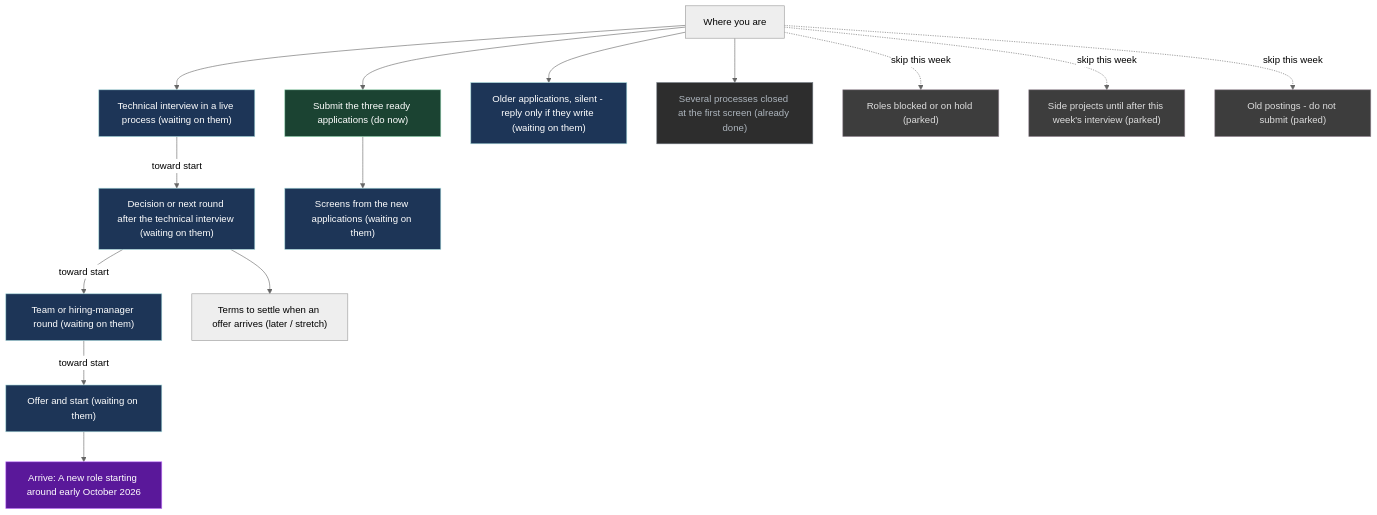
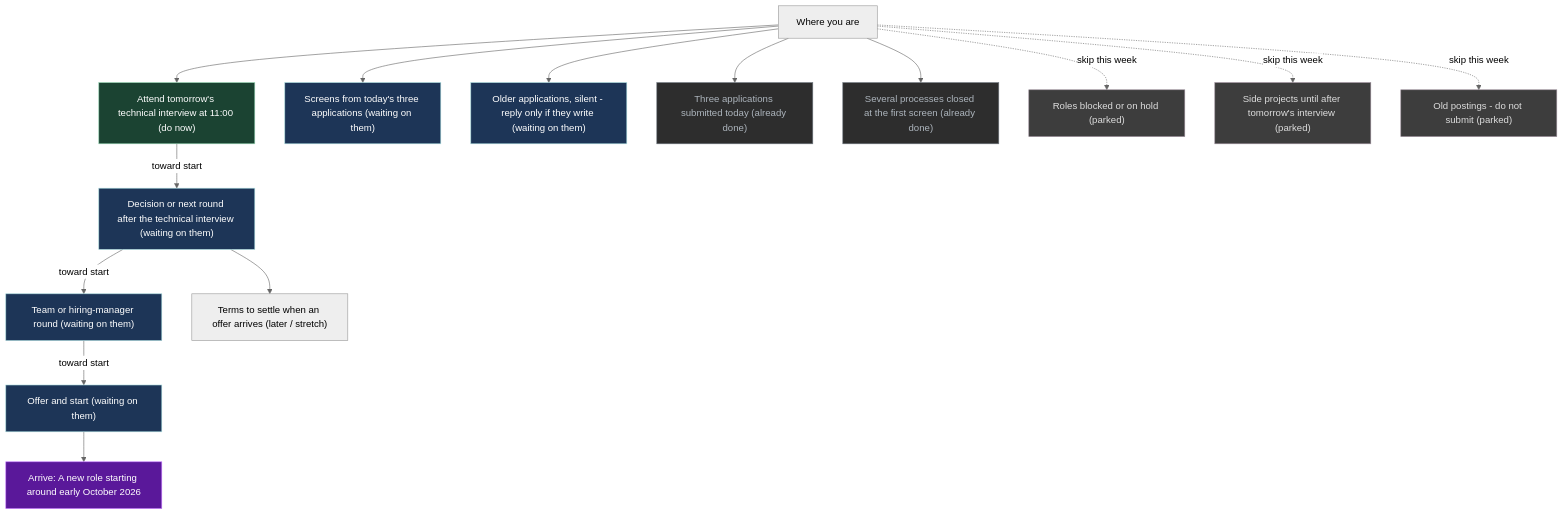
The diagram in UI/Mission.md (p10ns11y/life-os), drawn with Mermaid (neutral theme) before and after one commit. The commit also changed other lines of this file, not shown here.

````diff
--- a/UI/Mission.md
+++ b/UI/Mission.md
@@ -67,40 +66,40 @@
 ```mermaid
 flowchart TB
   x["Where you are"]
   G["Arrive: A new role starting around early October 2026"]
-  S3["Submit the three ready applications (do now)"]
-  S0["Technical interview in a live process (waiting on them)"]
+  S0["Attend tomorrow's technical interview at 11:00 (do now)"]
   S4["Decision or next round after the technical interview (waiting on them)"]
   S4b["Team or hiring-manager round (waiting on them)"]
   S5["Offer and start (waiting on them)"]
-  S6["Screens from the new applications (waiting on them)"]
+  S6["Screens from today's three applications (waiting on them)"]
   S1["Older applications, silent - reply only if they write (waiting on them)"]
   R1["Terms to settle when an offer arrives (later / stretch)"]
+  S3["Three applications submitted today (already done)"]
   D1["Several processes closed at the first screen (already done)"]
   P1["Roles blocked or on hold (parked)"]
-  P2["Side projects until after this week's interview (parked)"]
+  P2["Side projects until after tomorrow's interview (parked)"]
   P3["Old postings - do not submit (parked)"]
-  x --> S3
   x --> S0
   S0 -->|"toward start"| S4
   S4 -->|"toward start"| S4b
   S4b -->|"toward start"| S5
-  S3 --> S6
+  x --> S6
   x --> S1
   S4 --> R1
+  x --> S3
   x --> D1
   x -.->|"skip this week"| P1
   x -.->|"skip this week"| P2
   x -.->|"skip this week"| P3
   S5 --> G
   classDef do fill:#1b4332,stroke:#95d5b2,color:#fff
   classDef wait fill:#1d3557,stroke:#a8dadc,color:#fff
   classDef park fill:#3d3d3d,stroke:#9a8c98,color:#ddd
   classDef done fill:#2d2d2d,stroke:#6c757d,color:#adb5bd
   classDef goal fill:#5a189a,stroke:#c77dff,color:#fff
   class G goal
-  class S3 do
-  class S0,S4,S4b,S5,S6,S1 wait
+  class S0 do
+  class S4,S4b,S5,S6,S1 wait
   class P1,P2,P3 park
-  class D1 done
+  class S3,D1 done
 ```
````
